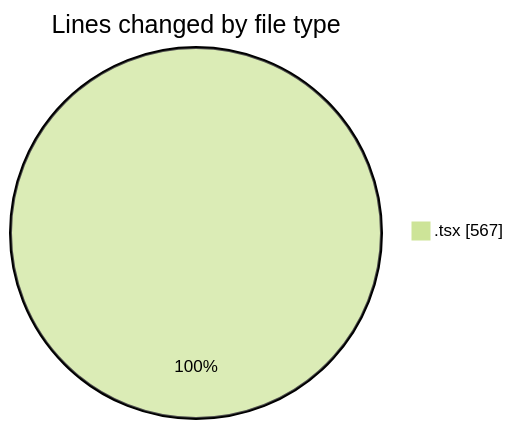
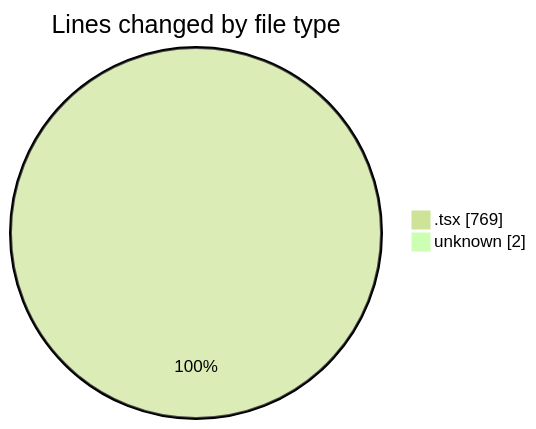
One commit to robertbonfada/code-tracking changed the first of 2 diagrams in 2025-02-27/audiobooks-web/README.md. Above: the diagram before and after it, drawn with Mermaid (forest theme). The commit also changed other lines of this file and 1 other file, not shown here.

````diff
--- a/2025-02-27/audiobooks-web/README.md
+++ b/2025-02-27/audiobooks-web/README.md
@@ -25,5 +27,6 @@
 ```mermaid
 pie showData
 title Lines changed by file type
-".tsx" : 567
+".tsx" : 769
+"unknown" : 2
 ```
````
